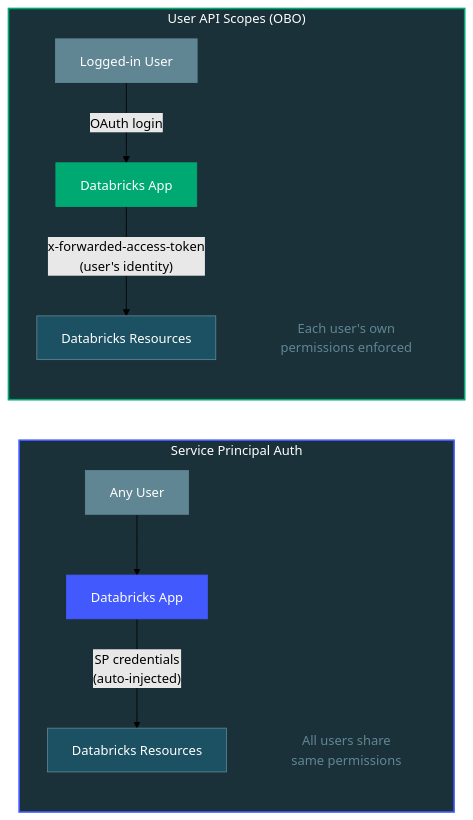
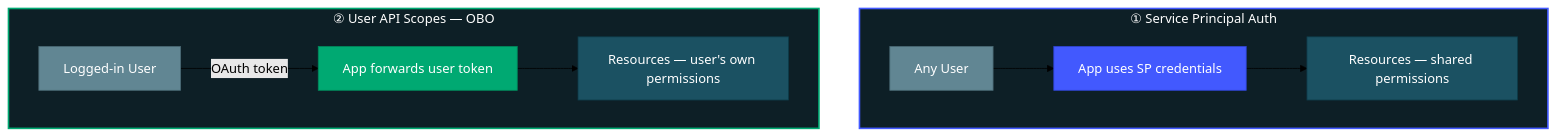
The second of 4 diagrams in 01-introduction/README.md (natefleming/agents-on-apps-workshop), drawn with Mermaid (forest theme) before and after one commit. The commit also changed other lines of this file, not shown here.

First line of the commit message:
Simplify Mermaid diagrams for cleaner GitHub rendering

````diff
--- a/01-introduction/README.md
+++ b/01-introduction/README.md
@@ -184,27 +172,20 @@
 ```mermaid
-graph LR
-    subgraph SP_AUTH["Service Principal Auth"]
-        direction TB
-        U1["Any User"] --> APP1["Databricks App"]
-        APP1 -->|"SP credentials<br/>(auto-injected)"| RES1["Databricks Resources"]
-        note1["All users share<br/>same permissions"]
+graph TD
+    subgraph SP["① Service Principal Auth"]
+        U1["Any User"] --> APP1["App uses SP credentials"]
+        APP1 --> RES1["Resources — shared permissions"]
+    end
+    subgraph OBO["② User API Scopes — OBO"]
+        U2["Logged-in User"] -- "OAuth token" --> APP2["App forwards user token"]
+        APP2 --> RES2["Resources — user's own permissions"]
     end
 
-    subgraph OBO_AUTH["User API Scopes (OBO)"]
-        direction TB
-        U2["Logged-in User"] -->|"OAuth login"| APP2["Databricks App"]
-        APP2 -->|"x-forwarded-access-token<br/>(user's identity)"| RES2["Databricks Resources"]
-        note2["Each user's own<br/>permissions enforced"]
-    end
-
-    style SP_AUTH fill:#1B3139,stroke:#4259FE,stroke-width:2px,color:#fff
-    style OBO_AUTH fill:#1B3139,stroke:#00A972,stroke-width:2px,color:#fff
-    style U1 fill:#618693,stroke:#618693,color:#fff
-    style U2 fill:#618693,stroke:#618693,color:#fff
-    style APP1 fill:#4259FE,stroke:#4259FE,color:#fff
-    style APP2 fill:#00A972,stroke:#00A972,color:#fff
-    style RES1 fill:#1B5162,stroke:#618693,color:#fff
-    style RES2 fill:#1B5162,stroke:#618693,color:#fff
-    style note1 fill:none,stroke:none,color:#618693
-    style note2 fill:none,stroke:none,color:#618693
+    style SP fill:#0d1f26,stroke:#4259FE,stroke-width:2px,color:#fff
+    style OBO fill:#0d1f26,stroke:#00A972,stroke-width:2px,color:#fff
+    style U1 fill:#618693,stroke:#4a6a75,color:#fff
+    style U2 fill:#618693,stroke:#4a6a75,color:#fff
+    style APP1 fill:#4259FE,stroke:#2f44d4,color:#fff
+    style APP2 fill:#00A972,stroke:#008a5c,color:#fff
+    style RES1 fill:#1B5162,stroke:#0d3a48,color:#fff
+    style RES2 fill:#1B5162,stroke:#0d3a48,color:#fff
 ```
````
